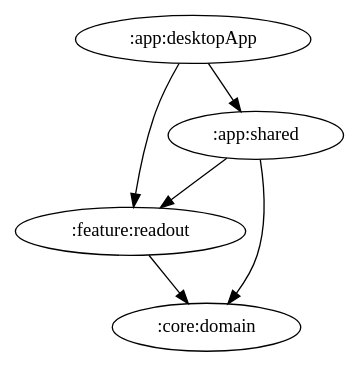
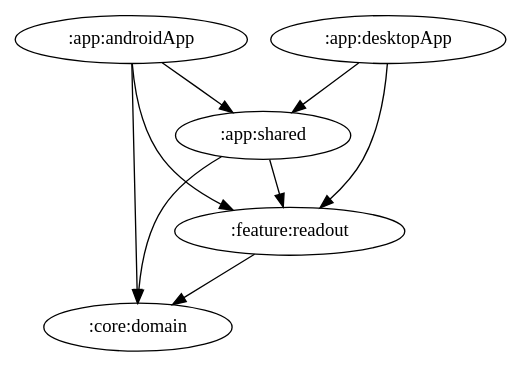
The diagram in docs/graphs/feature-readout.gv (ai-kurou/KoDriver), drawn with Graphviz before and after one commit. The commit also changed 9 other files, not shown here.

Commit message:
chore: update module graph images [skip ci]

```diff
--- a/docs/graphs/feature-readout.gv
+++ b/docs/graphs/feature-readout.gv
@@ -1,7 +1,10 @@
 digraph G {
+  ":app:androidApp" -> ":app:shared"
+  ":app:androidApp" -> ":core:domain"
+  ":app:androidApp" -> ":feature:readout"
   ":app:desktopApp" -> ":app:shared"
   ":app:desktopApp" -> ":feature:readout"
   ":app:shared" -> ":feature:readout"
   ":app:shared" -> ":core:domain"
   ":feature:readout" -> ":core:domain"
 }
```
